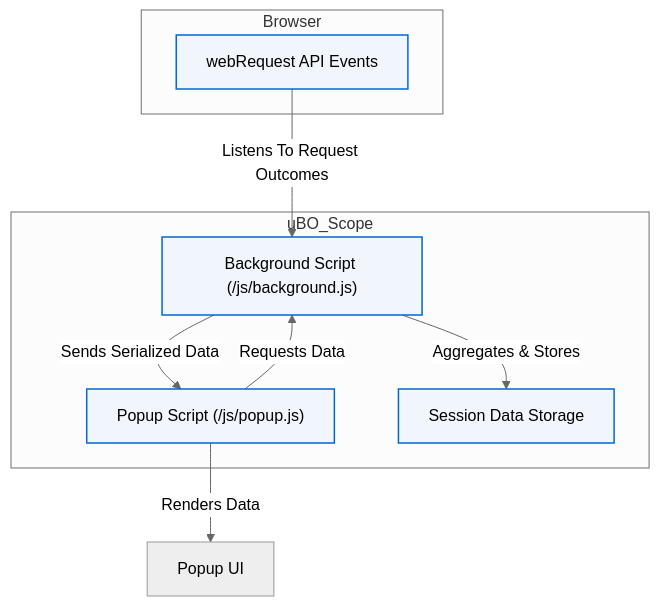
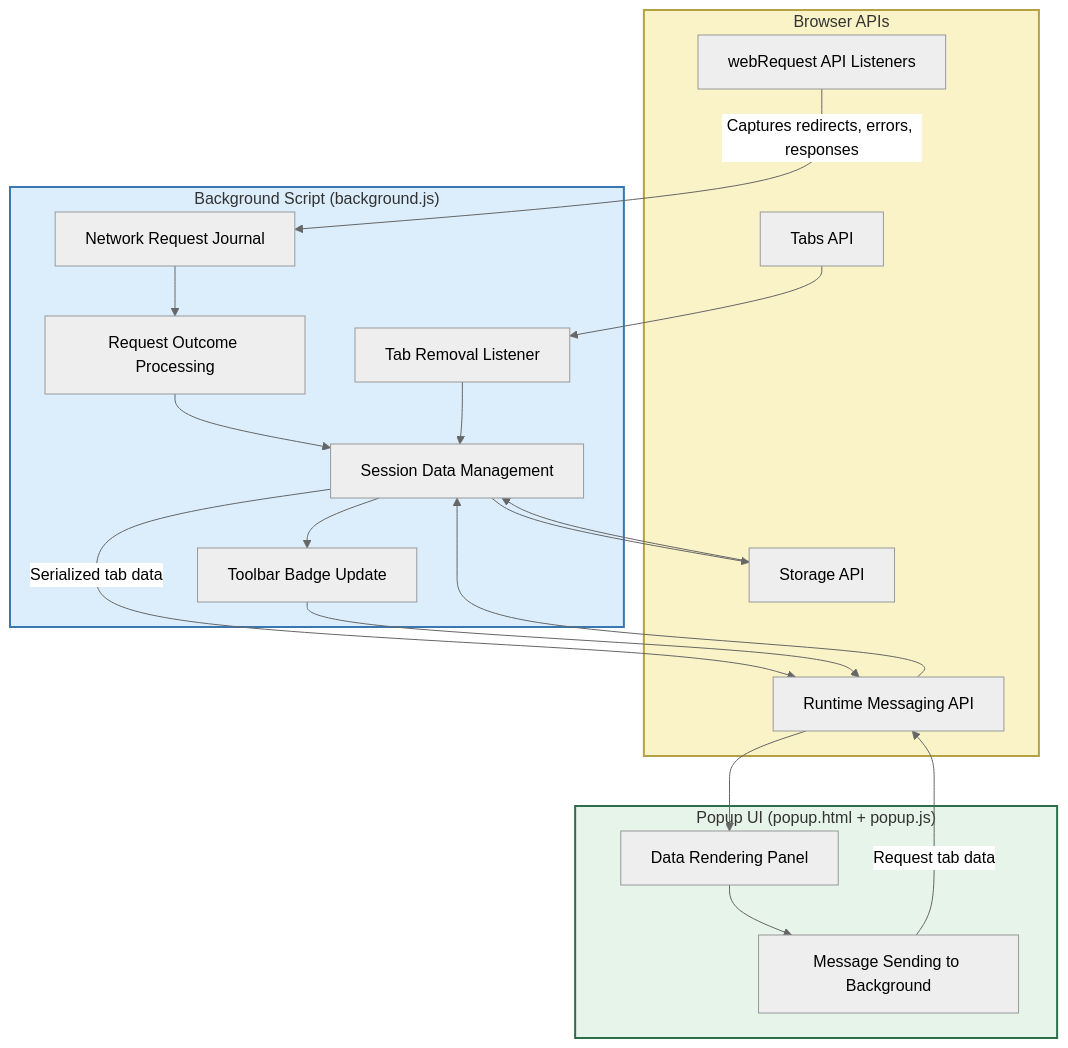
Before and after one commit to clidey/docucod-public-project-adf15a81-508f-4f0d-9083-12549e1f66a0: the diagram in overview/concepts-architecture/system-architecture-overview.mdx, drawn with Mermaid (neutral theme). The commit also changed other lines of this file and 18 other files, not shown here.

````diff
--- a/overview/concepts-architecture/system-architecture-overview.mdx
+++ b/overview/concepts-architecture/system-architecture-overview.mdx
@@ -51,23 +34,51 @@
 ```mermaid
 flowchart TD
 
-  subgraph Browser
-    WebRequestAPI["webRequest API Events"]
-  end
+    subgraph Browser_API ["Browser APIs"]
+        WEBREQUEST["webRequest API Listeners"]
+        TABS["Tabs API"]
+        STORAGE["Storage API"]
+        RUNTIME["Runtime Messaging API"]
+    end
 
-  subgraph uBO_Scope
-    BackgroundJS["Background Script (/js/background.js)"]
-    PopupJS["Popup Script (/js/popup.js)"]
+    subgraph Background_Script ["Background Script (background.js)"]
+        NETWORK_JOURNAL["Network Request Journal"]
+        SESSION_MANAGEMENT["Session Data Management"]
+        OUTCOME_PROCESSING["Request Outcome Processing"]
+        BADGE_UPDATE["Toolbar Badge Update"]
+        TAB_REMOVAL["Tab Removal Listener"]
+    end
 
-    BackgroundJS -->|Aggregates & Stores| SessionData["Session Data Storage"]
-    PopupJS -->|Requests Data| BackgroundJS
-    BackgroundJS -->|Sends Serialized Data| PopupJS
-  end
+    subgraph User_Interface ["Popup UI (popup.html + popup.js)"]
+        POPUP_RENDER["Data Rendering Panel"]
+        MESSAGE_SEND["Message Sending to Background"]
+    end
 
-  WebRequestAPI -->|Listens To Request Outcomes| BackgroundJS
-  PopupJS -->|Renders Data | UI["Popup UI"]
+    WEBREQUEST -->|Captures redirects, errors, responses| NETWORK_JOURNAL
+    NETWORK_JOURNAL --> OUTCOME_PROCESSING
+    OUTCOME_PROCESSING --> SESSION_MANAGEMENT
+    SESSION_MANAGEMENT --> BADGE_UPDATE
 
-  classDef component fill:#f0f6fc,stroke:#0366d6,stroke-width:1.5px;
-  class BackgroundJS,PopupJS,WebRequestAPI,SessionData component;
+    TABS --> TAB_REMOVAL
+    TAB_REMOVAL --> SESSION_MANAGEMENT
 
+    POPUP_RENDER --> MESSAGE_SEND
+    MESSAGE_SEND -->|Request tab data| RUNTIME
+    RUNTIME --> SESSION_MANAGEMENT
+    SESSION_MANAGEMENT -->|Serialized tab data| RUNTIME
+    RUNTIME --> POPUP_RENDER
+
+    SESSION_MANAGEMENT --> STORAGE
+    STORAGE --> SESSION_MANAGEMENT
+
+    BADGE_UPDATE --> RUNTIME
+
+    %% Styling
+    classDef browserAPI fill:#f9f3c7,stroke:#b5a145,stroke-width:2px;
+    classDef backgroundScript fill:#dceefc,stroke:#3a76af,stroke-width:2px;
+    classDef ui fill:#e6f4ea,stroke:#2c6e49,stroke-width:2px;
+
+    class Browser_API browserAPI;
+    class Background_Script backgroundScript;
+    class User_Interface ui;
 ```
````
